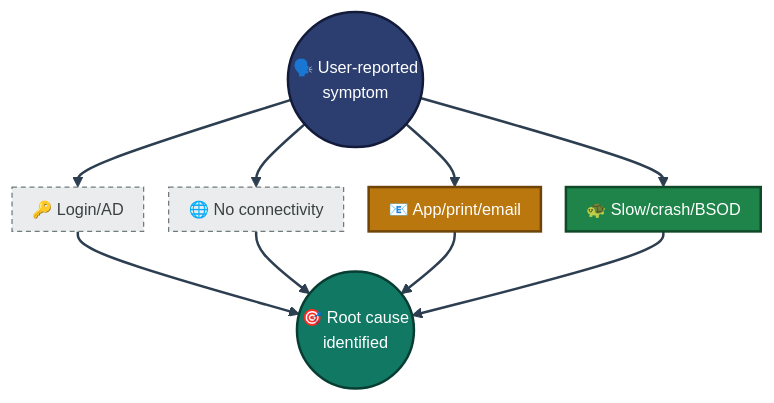
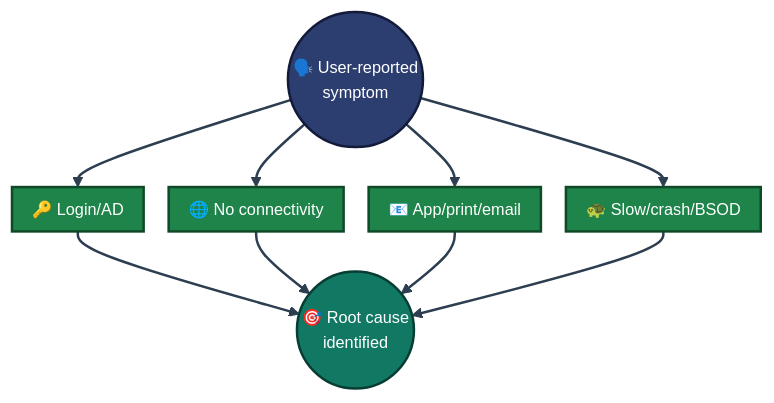
The fifth of 6 diagrams in README.md (malaika-azhar/Cisco-Networking-Lab-Portfolio), drawn with Mermaid before and after one commit. The commit also changed other lines of this file, not shown here.

````diff
--- a/README.md
+++ b/README.md
@@ -170,16 +172,16 @@
 ```mermaid
 %%{init: {'theme': 'base', 'themeVariables': {'fontSize': '13px'}, 'flowchart': {'nodeSpacing': 20, 'rankSpacing': 32, 'padding': 8}}}%%
 flowchart TB
     SYMPTOM(("🗣️ User-reported<br/>symptom")):::start
-    SYMPTOM --> LOGIN["🔑 Login/AD"]:::unseen
-    SYMPTOM --> NET["🌐 No connectivity"]:::unseen
-    SYMPTOM --> APP["📧 App/print/email"]:::mixed
+    SYMPTOM --> LOGIN["🔑 Login/AD"]:::seen
+    SYMPTOM --> NET["🌐 No connectivity"]:::seen
+    SYMPTOM --> APP["📧 App/print/email"]:::seen
     SYMPTOM --> SLOW["🐢 Slow/crash/BSOD"]:::seen
     LOGIN & NET & APP & SLOW --> ROOT(("🎯 Root cause<br/>identified")):::good
     classDef start fill:#2C3E70,stroke:#131B3A,stroke-width:2px,color:#FFFFFF
     classDef seen fill:#1E8449,stroke:#0E4A28,stroke-width:2px,color:#FFFFFF
     classDef mixed fill:#B9770E,stroke:#6E4409,stroke-width:2px,color:#FFFFFF
     classDef unseen fill:#EAECEE,stroke:#707B7C,color:#3B4142,stroke-dasharray: 4 3
     classDef good fill:#117864,stroke:#083D33,stroke-width:2px,color:#FFFFFF
     linkStyle default stroke:#2C3E50,stroke-width:2px
 ```
````
